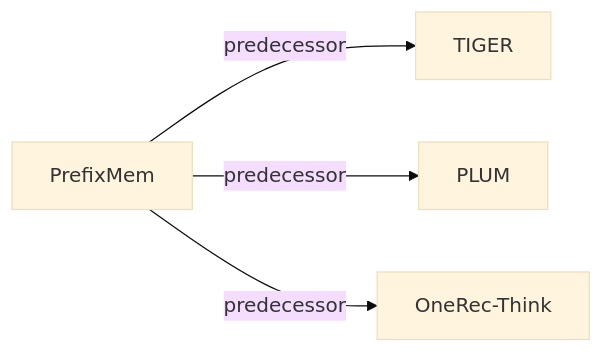
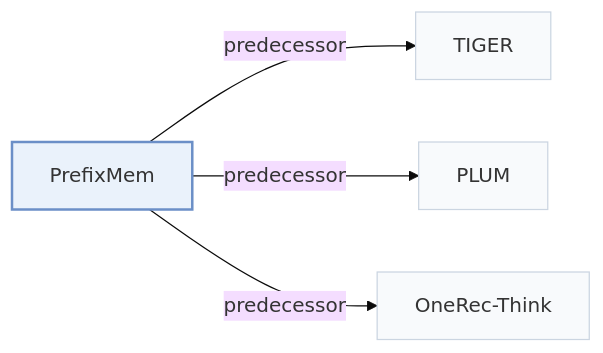
The second of 2 diagrams in pages/papers/prefixmem.md (Galaxy-ghost/Awesome-SID-Generative-Rec), drawn with Mermaid (base theme) before and after one commit. The commit also changed other lines of this file and 649 other files, not shown here.

Commit message:
writer-05: also tags and modality index (schema, check, build, visuals); summary field removed; calibration data for 12 papers

````diff
--- a/pages/papers/prefixmem.md
+++ b/pages/papers/prefixmem.md
@@ -68,7 +74,11 @@
 ```mermaid
 flowchart LR
     P["PrefixMem"]
-    P -->|predecessor| A["TIGER"]
-    P -->|predecessor| B["PLUM"]
-    P -->|predecessor| C["OneRec-Think"]
+    P -->|"predecessor"| A["TIGER"]
+    P -->|"predecessor"| B["PLUM"]
+    P -->|"predecessor"| C["OneRec-Think"]
+    classDef main fill:#eaf2fb,stroke:#6b8fc7,stroke-width:2px
+    classDef peer fill:#f8fafc,stroke:#cbd5e1
+    class P main
+    class A,B,C peer
 ```
````
